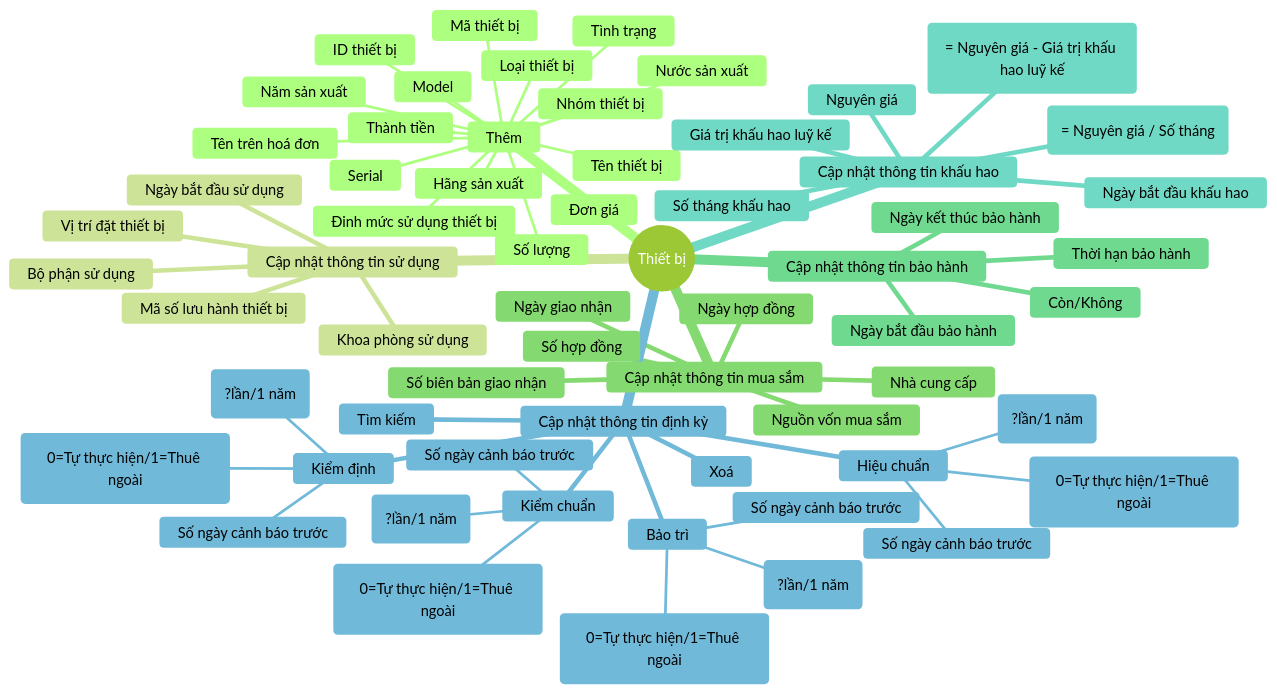
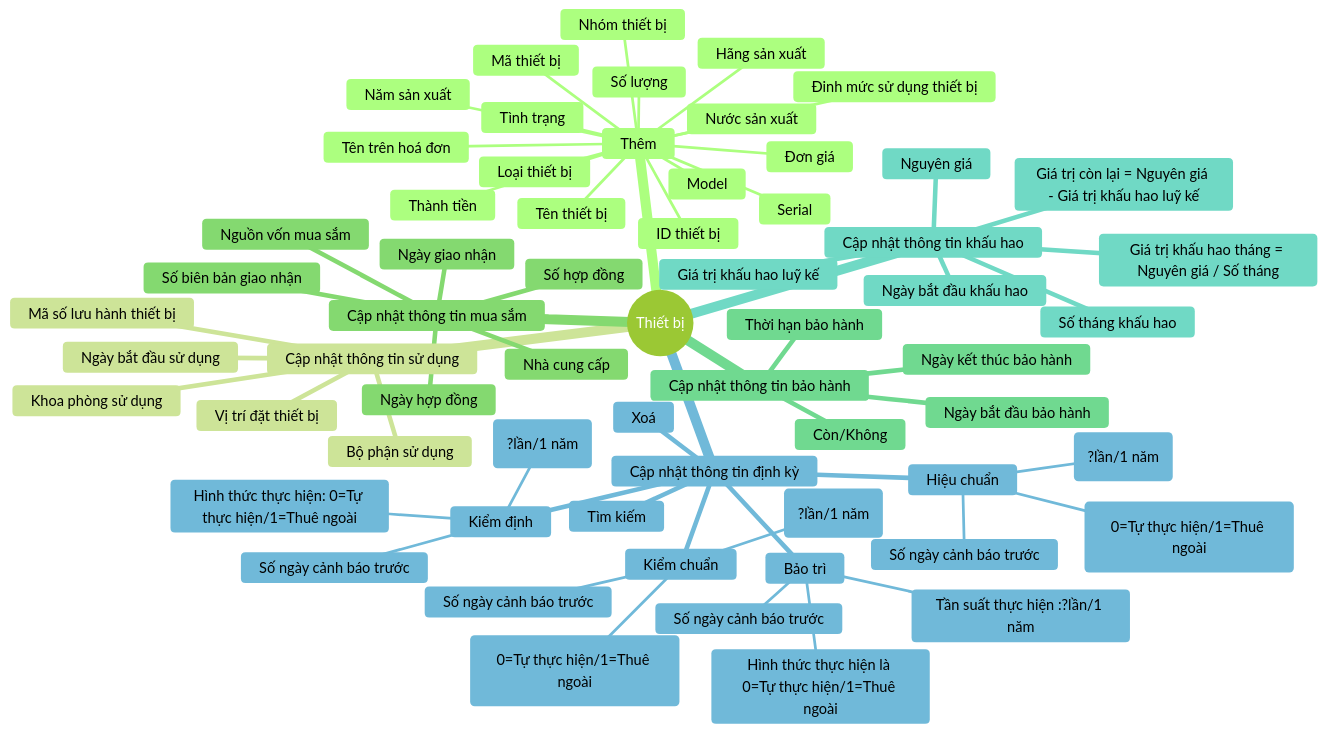
Before and after one commit to nthanhdo/mems-brainstorm: the diagram in mindmap-thietbi.md, drawn with Mermaid (forest theme).

````diff
--- a/mindmap-thietbi.md
+++ b/mindmap-thietbi.md
@@ -1,67 +1,67 @@
 ```mermaid
 mindmap
   root((Thiết bị))
       Thêm
         ID thiết bị
         Mã thiết bị
         Tên thiết bị
         Tên trên hoá đơn
         Loại thiết bị
         Nhóm thiết bị
         Đinh mức sử dụng thiết bị
         Hãng sản xuất
         Nước sản xuất
         Năm sản xuất
         Model
         Serial
         Số lượng
         Đơn giá
         Thành tiền
         Tình trạng
     Cập nhật thông tin sử dụng
         Khoa phòng sử dụng
         Bộ phận sử dụng
         Ngày bắt đầu sử dụng
         Vị trí đặt thiết bị
         Mã số lưu hành thiết bị
     Cập nhật thông tin mua sắm
         Nhà cung cấp
         Số hợp đồng
         Ngày hợp đồng
         Số biên bản giao nhận
         Ngày giao nhận
         Nguồn vốn mua sắm
     Cập nhật thông tin bảo hành
         Còn/Không
         Thời hạn bảo hành
         Ngày bắt đầu bảo hành
         Ngày kết thúc bảo hành
     Cập nhật thông tin khấu hao
         Nguyên giá
         Số tháng khấu hao
         Ngày bắt đầu khấu hao
-        Giá trị khấu hao tháng (= Nguyên giá / Số tháng)
+        Giá trị khấu hao tháng = Nguyên giá / Số tháng
         Giá trị khấu hao luỹ kế
-        Giá trị còn lại (= Nguyên giá - Giá trị khấu hao luỹ kế)
+        Giá trị còn lại = Nguyên giá - Giá trị khấu hao luỹ kế
     Cập nhật thông tin định kỳ
         Bảo trì
-            Hình thức thực hiện (0=Tự thực hiện/1=Thuê ngoài)
-            Tần suất thực hiện (?lần/1 năm)
+            Hình thức thực hiện là 0=Tự thực hiện/1=Thuê ngoài
+            Tần suất thực hiện :?lần/1 năm
             Số ngày cảnh báo trước
         Kiểm định
-            Hình thức thực hiện (0=Tự thực hiện/1=Thuê ngoài)
+            Hình thức thực hiện: 0=Tự thực hiện/1=Thuê ngoài
             Tần suất thực hiện (?lần/1 năm)
             Số ngày cảnh báo trước
         Hiệu chuẩn
             Hình thức thực hiện (0=Tự thực hiện/1=Thuê ngoài)
             Tần suất thực hiện (?lần/1 năm)
             Số ngày cảnh báo trước
         Kiểm chuẩn
             Hình thức thực hiện (0=Tự thực hiện/1=Thuê ngoài)
             Tần suất thực hiện (?lần/1 năm)
             Số ngày cảnh báo trước
       Xoá
         
       Tìm kiếm
       
 ```
````
